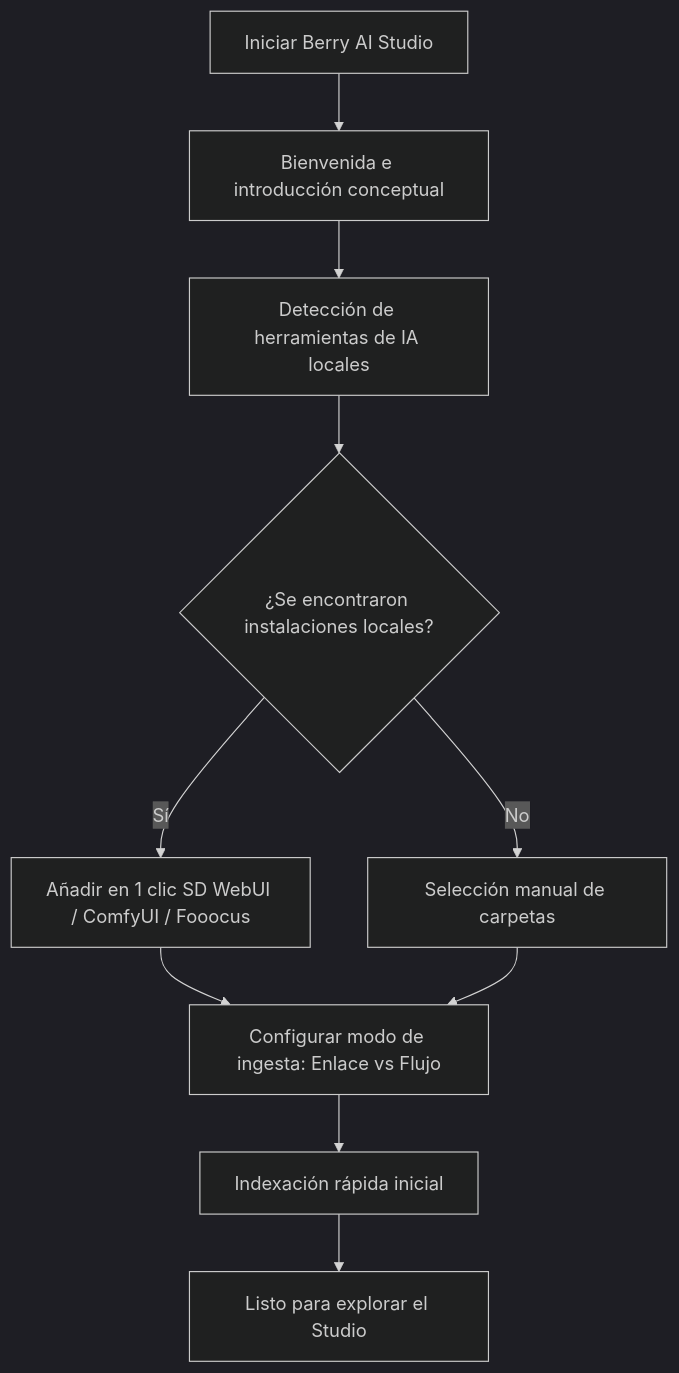
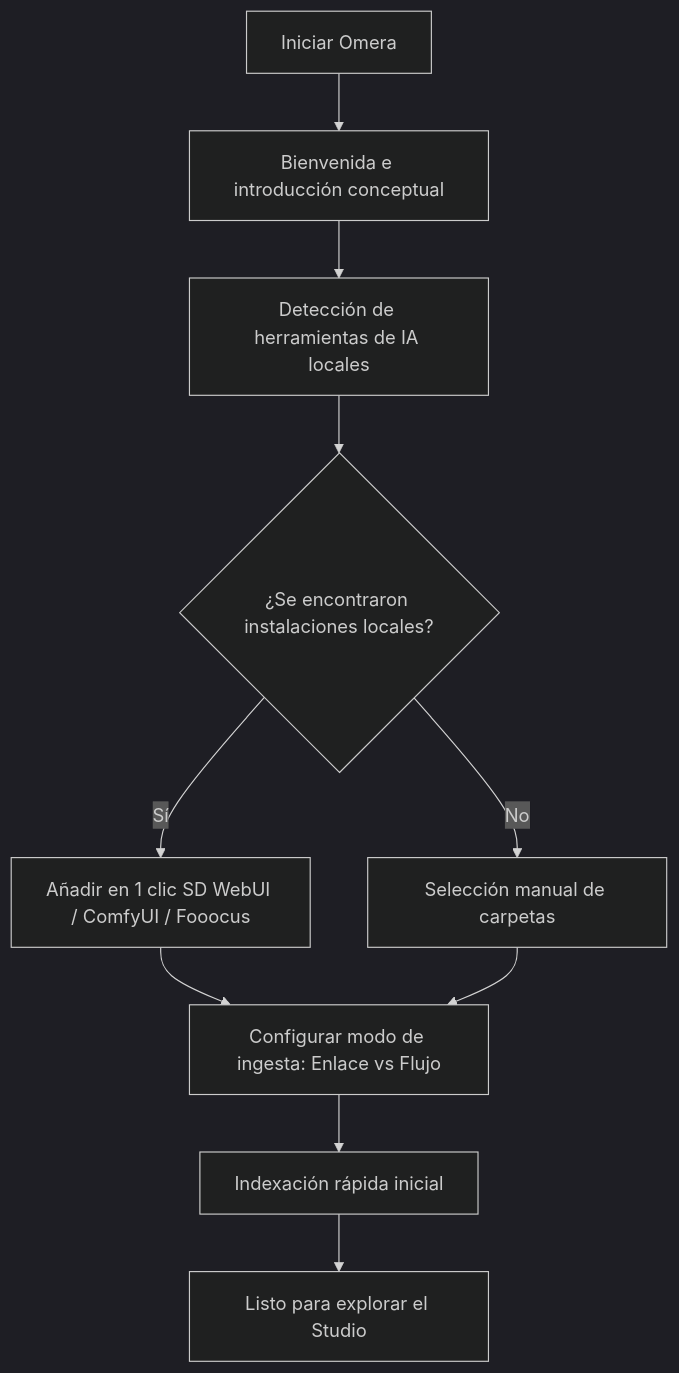
The diagram in docs/wiki/es/01-getting-started/installation.md (BerryUIKI/Berry-AI-Studio), drawn with Mermaid (dark theme) before and after one commit. The commit also changed other lines of this file and 224 other files, not shown here.

````diff
--- a/docs/wiki/es/01-getting-started/installation.md
+++ b/docs/wiki/es/01-getting-started/installation.md
@@ -66,12 +66,12 @@
 ```mermaid
 flowchart TD
-    A[Iniciar Berry AI Studio] --> B[Bienvenida e introducción conceptual]
+    A[Iniciar Omera] --> B[Bienvenida e introducción conceptual]
     B --> C[Detección de herramientas de IA locales]
     C --> D{¿Se encontraron instalaciones locales?}
     D -- Sí --> E[Añadir en 1 clic SD WebUI / ComfyUI / Fooocus]
     D -- No --> F[Selección manual de carpetas]
     E --> G[Configurar modo de ingesta: Enlace vs Flujo]
     F --> G
     G --> H[Indexación rápida inicial]
     H --> I[Listo para explorar el Studio]
 ```
````
